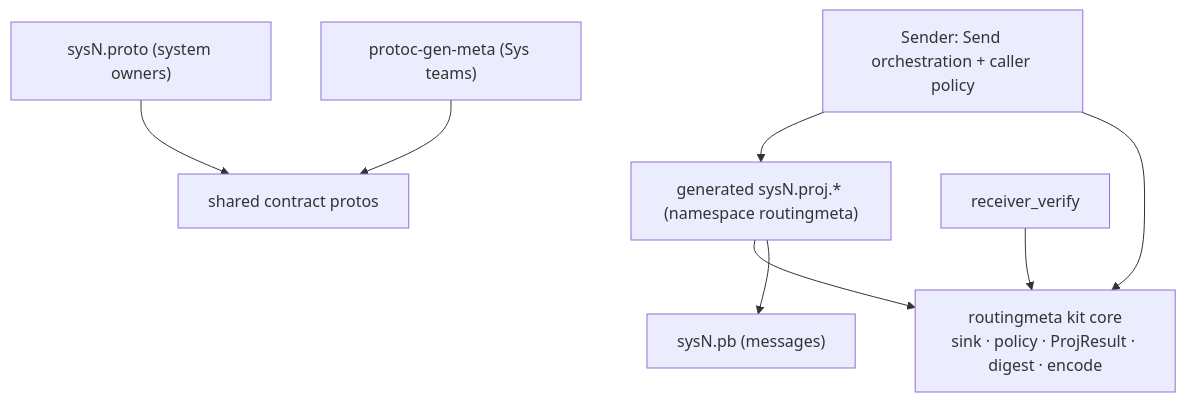
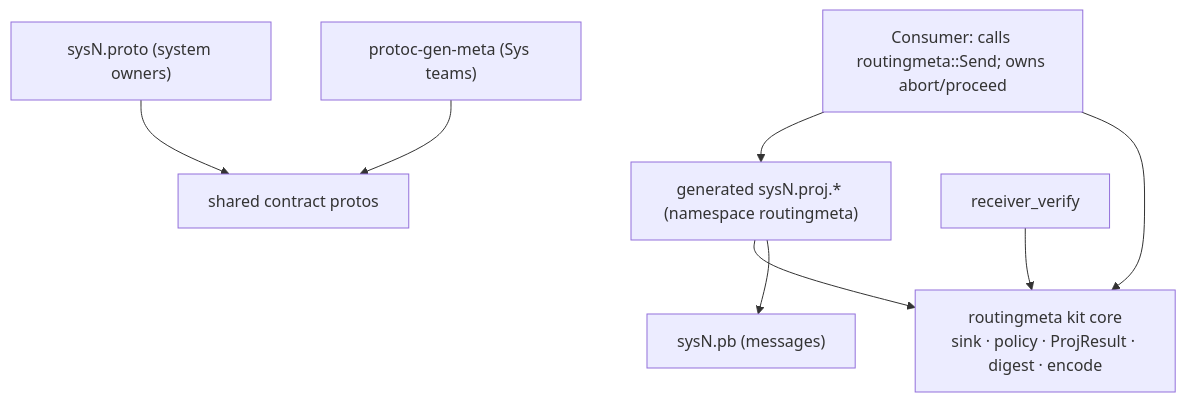
Before and after one commit to yschiang/grpc_header_routing: the second of 2 diagrams in _bmad-output/planning-artifacts/architecture/architecture-gprc_header_routing-2026-06-27/ARCHITECTURE-SPINE.md, drawn with Mermaid. The commit also changed other lines of this file and 889 other files, not shown here.

Commit message:
docs: revise architecture spine, add readiness reports; workspace config

````diff
--- a/_bmad-output/planning-artifacts/architecture/architecture-gprc_header_routing-2026-06-27/ARCHITECTURE-SPINE.md
+++ b/_bmad-output/planning-artifacts/architecture/architecture-gprc_header_routing-2026-06-27/ARCHITECTURE-SPINE.md
@@ -73,10 +73,10 @@
 ```mermaid
 graph TD
   SYS["sysN.proto (system owners)"] --> SHARED["shared contract protos"]
   PLUGIN["protoc-gen-meta (Sys teams)"] --> SHARED
   GEN["generated sysN.proj.* (namespace routingmeta)"] --> KITCORE["routingmeta kit core<br/>sink · policy · ProjResult · digest · encode"]
   GEN --> SYSPB["sysN.pb (messages)"]
-  SENDER["Sender: Send orchestration + caller policy"] --> GEN
+  SENDER["Consumer: calls routingmeta::Send; owns abort/proceed"] --> GEN
   SENDER --> KITCORE
   RECV["receiver_verify"] --> KITCORE
 ```
````
